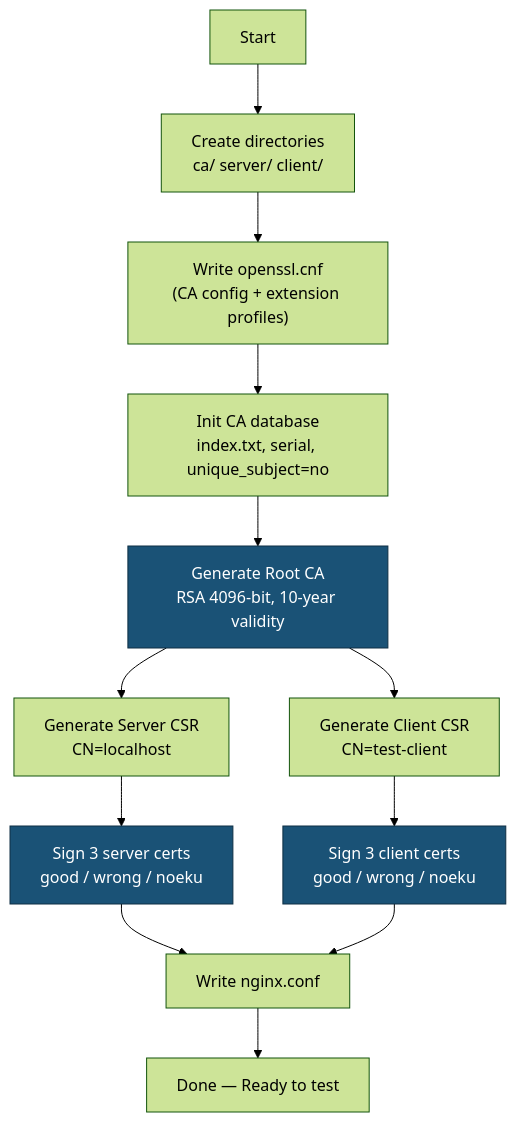
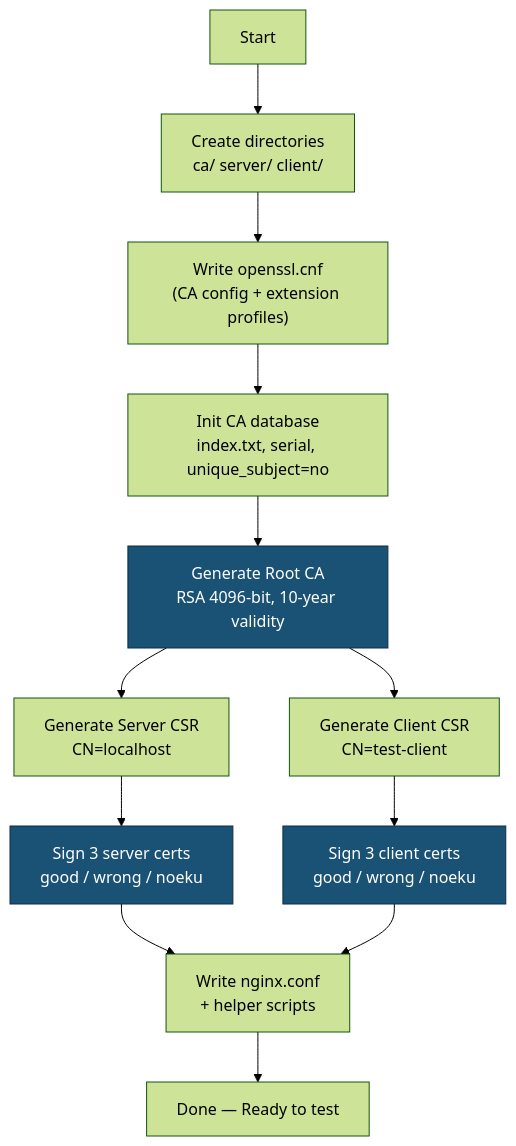
The fifth of 6 diagrams in README.md (jaysonv/mtls-lab), drawn with Mermaid (forest theme) before and after one commit. The commit also changed other lines of this file and 2 other files, not shown here.

First line of the commit message:
Add helper script generation and document both script/manual options

````diff
--- a/README.md
+++ b/README.md
@@ -131,18 +131,18 @@
 ```mermaid
 flowchart TD
     A[Start] --> B["Create directories<br/>ca/ server/ client/"]
     B --> C["Write openssl.cnf<br/>(CA config + extension profiles)"]
     C --> D["Init CA database<br/>index.txt, serial, unique_subject=no"]
     D --> E["Generate Root CA<br/>RSA 4096-bit, 10-year validity"]
     E --> F["Generate Server CSR<br/>CN=localhost"]
     E --> G["Generate Client CSR<br/>CN=test-client"]
     F --> H["Sign 3 server certs<br/>good / wrong / noeku"]
     G --> I["Sign 3 client certs<br/>good / wrong / noeku"]
-    H --> J["Write nginx.conf"]
+    H --> J["Write nginx.conf<br/>+ helper scripts"]
     I --> J
     J --> K[Done — Ready to test]
 
     style E fill:#1a5276,stroke:#0e2f44,color:#fff
     style H fill:#1a5276,stroke:#0e2f44,color:#fff
     style I fill:#1a5276,stroke:#0e2f44,color:#fff
 ```
````
